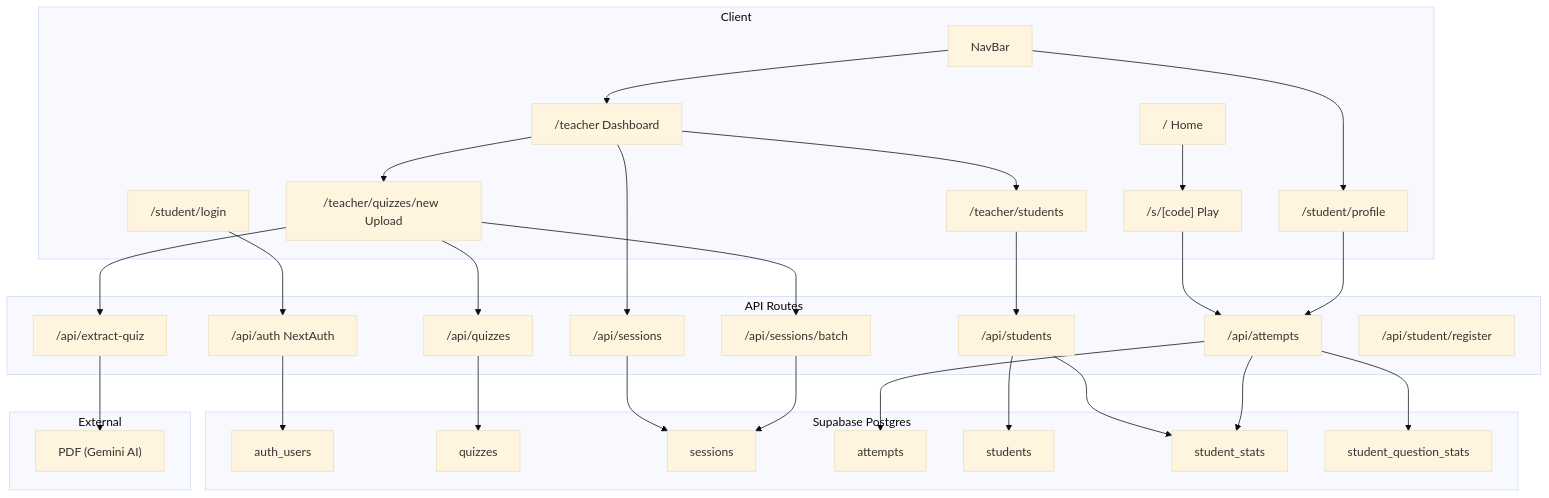
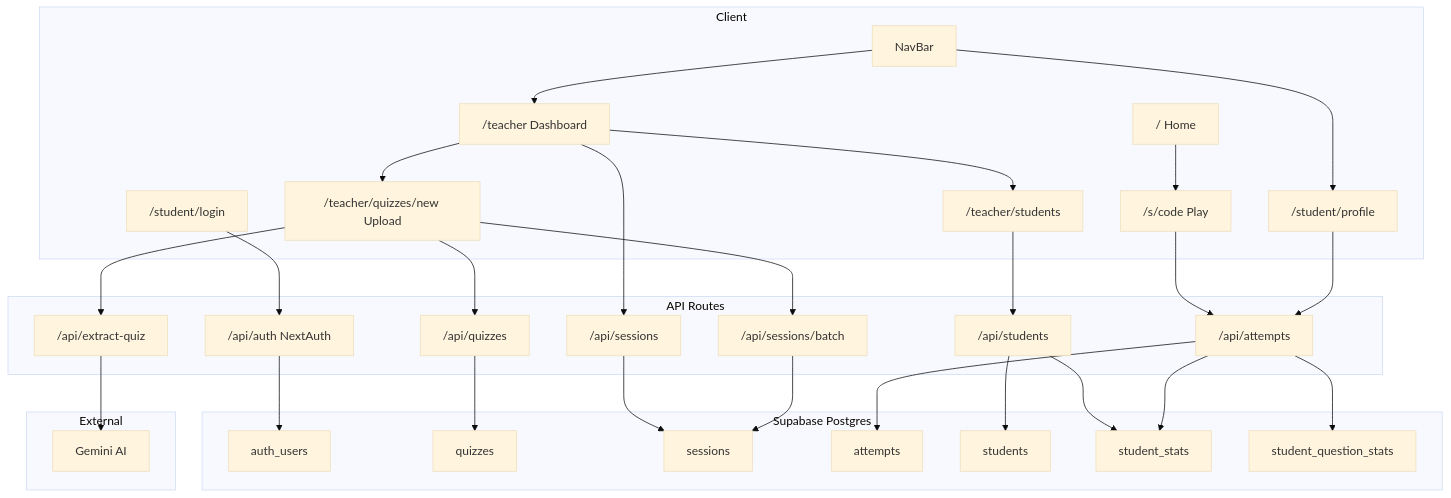
One commit to linhhd1kt/fce-quizz changed the first of 9 diagrams in docs/specs.md. Above: the diagram before and after it, drawn with Mermaid (base theme). The commit also changed other lines of this file, not shown here.

Commit message:
fix: correct Mermaid syntax in specs.md (slash shapes, curly braces, newlines in labels)

````diff
--- a/docs/specs.md
+++ b/docs/specs.md
@@ -23,63 +23,62 @@
 ```mermaid
 graph TB
     subgraph Client
-        Home["/  Home"]
+        Home["/ Home"]
         Nav["NavBar"]
-        StudentPlay["/s/[code]  Play"]
-        TeacherDash["/teacher  Dashboard"]
-        TeacherUpload["/teacher/quizzes/new  Upload"]
+        StudentPlay["/s/code Play"]
+        TeacherDash["/teacher Dashboard"]
+        TeacherUpload["/teacher/quizzes/new Upload"]
         StudentLogin["/student/login"]
         StudentProfile["/student/profile"]
         TeacherStudents["/teacher/students"]
     end
 
     subgraph API["API Routes"]
-        AuthAPI["/api/auth  NextAuth"]
+        AuthAPI["/api/auth NextAuth"]
         QuizzesAPI["/api/quizzes"]
         SessionsAPI["/api/sessions"]
         BatchAPI["/api/sessions/batch"]
         AttemptsAPI["/api/attempts"]
         ExtractAPI["/api/extract-quiz"]
         StudentsAPI["/api/students"]
-        StudentRegAPI["/api/student/register"]
     end
 
     subgraph DB["Supabase Postgres"]
         authUsers["auth_users"]
         quizzes["quizzes"]
         sessions["sessions"]
         attempts["attempts"]
         students["students"]
         studentStats["student_stats"]
         studentQStats["student_question_stats"]
     end
 
     subgraph External
-        PDF["PDF (Gemini AI)"]
+        PDF["Gemini AI"]
     end
 
     Home --> StudentPlay
     Nav --> TeacherDash
     Nav --> StudentProfile
     TeacherDash --> TeacherUpload
     TeacherDash --> TeacherStudents
 
     TeacherUpload --> ExtractAPI --> PDF
     TeacherUpload --> QuizzesAPI
     TeacherUpload --> BatchAPI
     TeacherDash --> SessionsAPI
     StudentPlay --> AttemptsAPI
     StudentLogin --> AuthAPI
     StudentProfile --> AttemptsAPI
     TeacherStudents --> StudentsAPI
 
     AuthAPI --> authUsers
     QuizzesAPI --> quizzes
     SessionsAPI --> sessions
     BatchAPI --> sessions
     AttemptsAPI --> attempts
     StudentsAPI --> students
     StudentsAPI --> studentStats
     AttemptsAPI --> studentStats
     AttemptsAPI --> studentQStats
 ```
````
